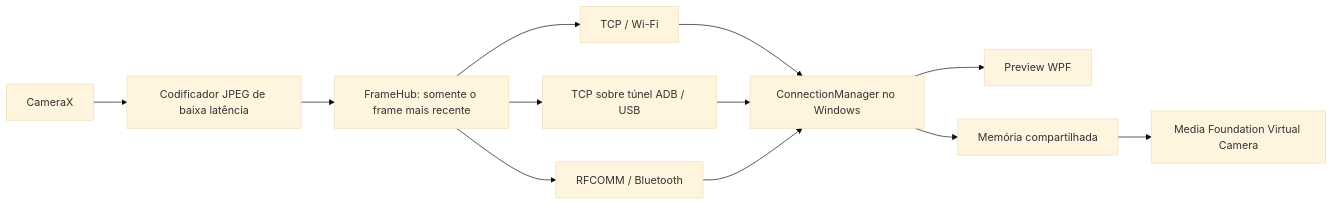
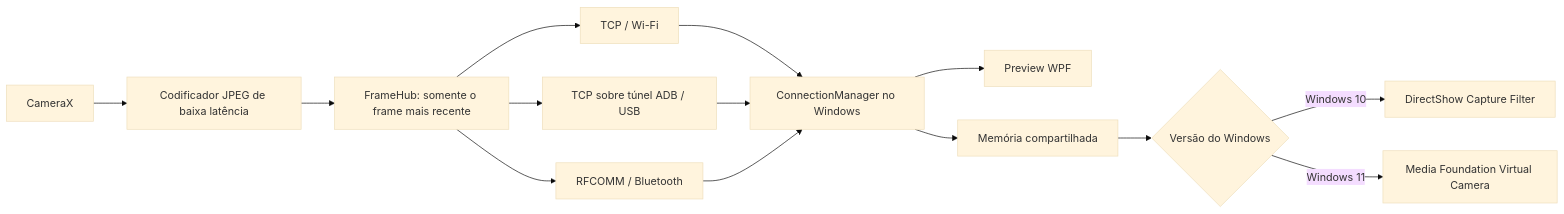
One commit to C1ean-dev/PocketCam changed the diagram in docs/ARCHITECTURE.md. Above: the diagram before and after it, drawn with Mermaid (base theme). The commit also changed other lines of this file and 20 other files, not shown here.

Commit message:
feat: support virtual camera on Windows 10

````diff
--- a/docs/ARCHITECTURE.md
+++ b/docs/ARCHITECTURE.md
@@ -5,14 +5,16 @@
 ```mermaid
 flowchart LR
     Camera[CameraX] --> Encoder[Codificador JPEG de baixa latência]
     Encoder --> Hub[FrameHub: somente o frame mais recente]
     Hub --> TCP[TCP / Wi-Fi]
     Hub --> ADB[TCP sobre túnel ADB / USB]
     Hub --> RFCOMM[RFCOMM / Bluetooth]
     TCP --> Manager[ConnectionManager no Windows]
     ADB --> Manager
     RFCOMM --> Manager
     Manager --> Preview[Preview WPF]
     Manager --> Shared[Memória compartilhada]
-    Shared --> VCam[Media Foundation Virtual Camera]
+    Shared --> Selector{Versão do Windows}
+    Selector -->|Windows 10| DShow[DirectShow Capture Filter]
+    Selector -->|Windows 11| VCam[Media Foundation Virtual Camera]
 ```
````
